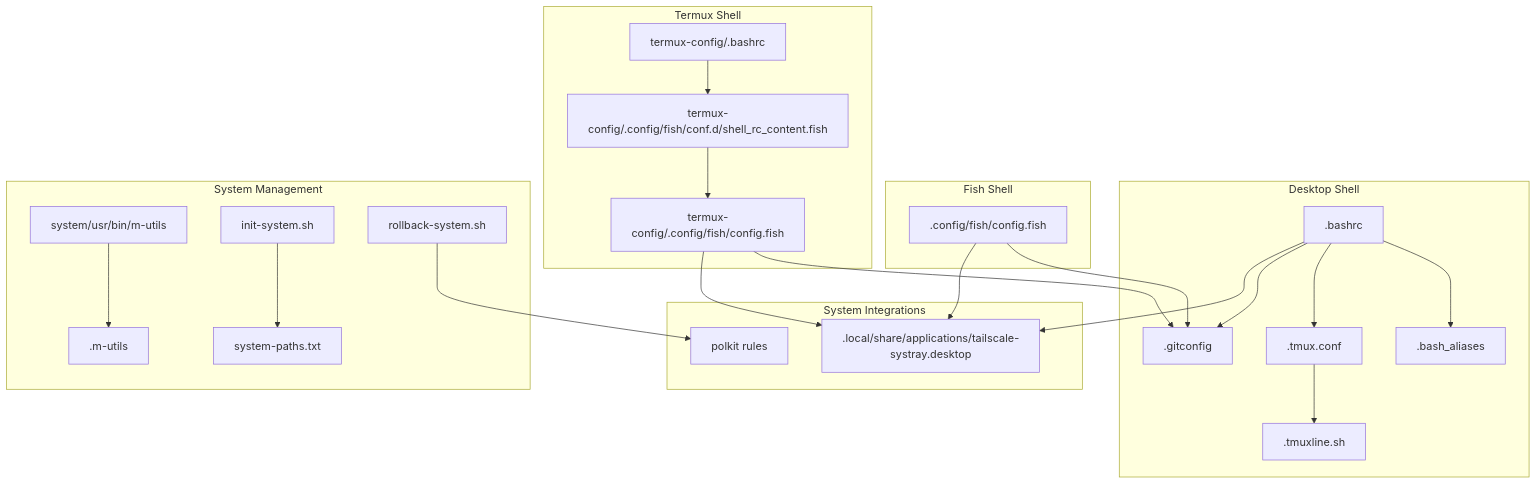
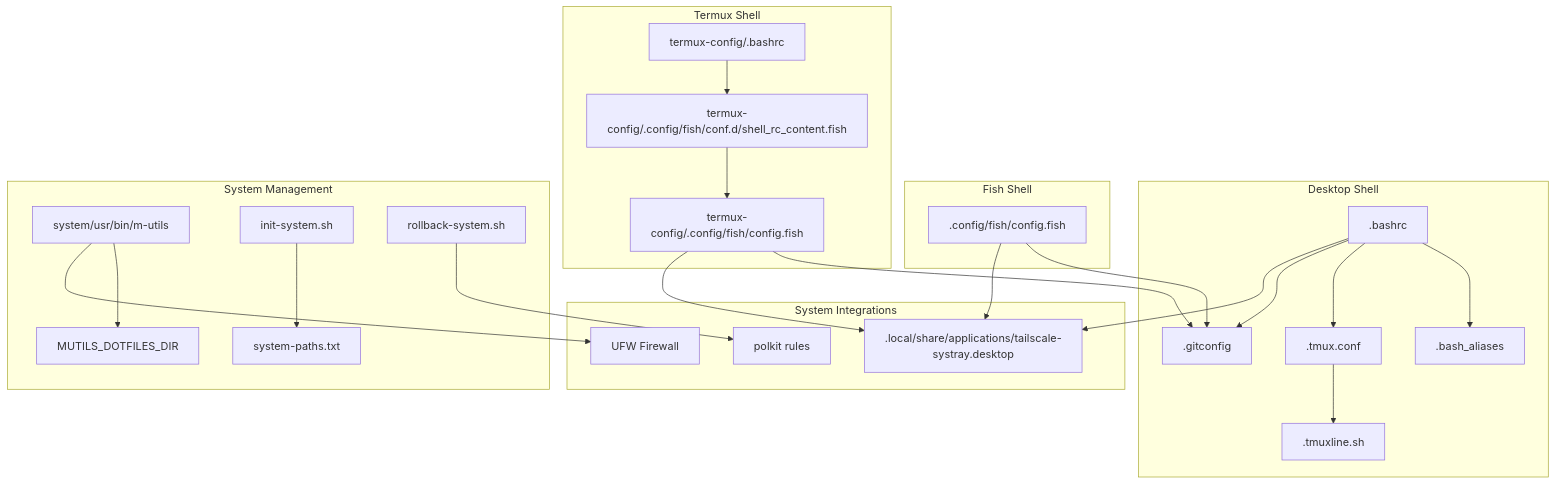
The first of 9 diagrams in .qoder/repowiki/en/content/System Integration/System Integration.md (cr8ivecodesmith/dotfiles), drawn with Mermaid before and after one commit. The commit also changed other lines of this file and 5 other files, not shown here.

````diff
--- a/.qoder/repowiki/en/content/System Integration/System Integration.md
+++ b/.qoder/repowiki/en/content/System Integration/System Integration.md
@@ -61,43 +61,45 @@
 ```mermaid
 graph TB
 subgraph "Desktop Shell"
 BR[".bashrc"]
 BA[".bash_aliases"]
 TF[".tmux.conf"]
 TL[".tmuxline.sh"]
 GC[".gitconfig"]
 end
 subgraph "Fish Shell"
 FC[".config/fish/config.fish"]
 end
 subgraph "Termux Shell"
 TFC["termux-config/.config/fish/config.fish"]
 TCC["termux-config/.config/fish/conf.d/shell_rc_content.fish"]
 TBR["termux-config/.bashrc"]
 end
 subgraph "System Management"
 MU["system/usr/bin/m-utils"]
-MC[".m-utils"]
 IS["init-system.sh"]
 RS["rollback-system.sh"]
 SP["system-paths.txt"]
+ENV["MUTILS_DOTFILES_DIR"]
 end
 subgraph "System Integrations"
 DESK[".local/share/applications/tailscale-systray.desktop"]
 POL["polkit rules"]
+FW["UFW Firewall"]
 end
 BR --> BA
 BR --> TF
 TF --> TL
 BR --> GC
 FC --> GC
 TFC --> GC
 TCC --> TFC
 TBR --> TCC
 BR --> DESK
 FC --> DESK
 TFC --> DESK
-MU --> MC
+MU --> ENV
 IS --> SP
 RS --> POL
+MU --> FW
 ```
````
